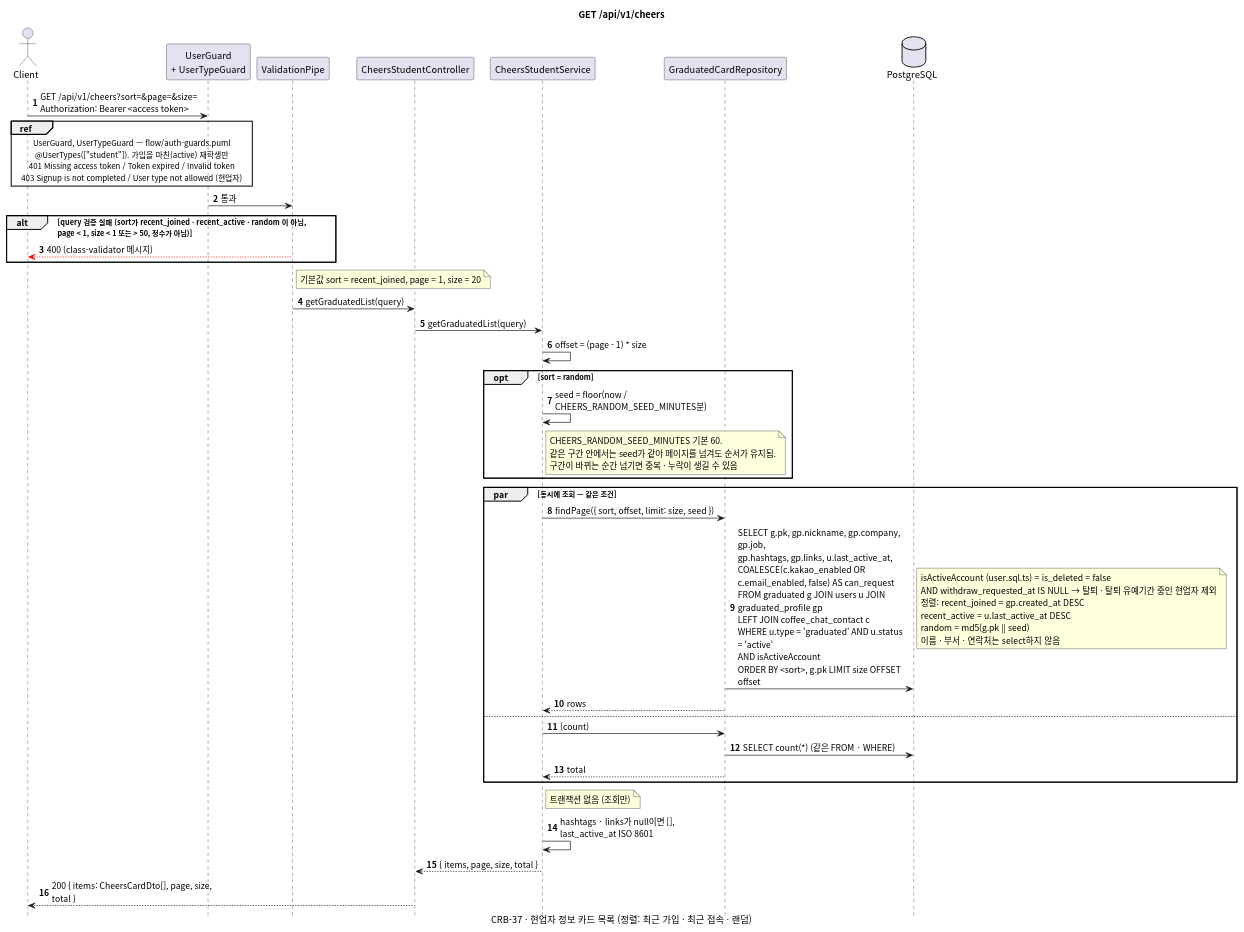
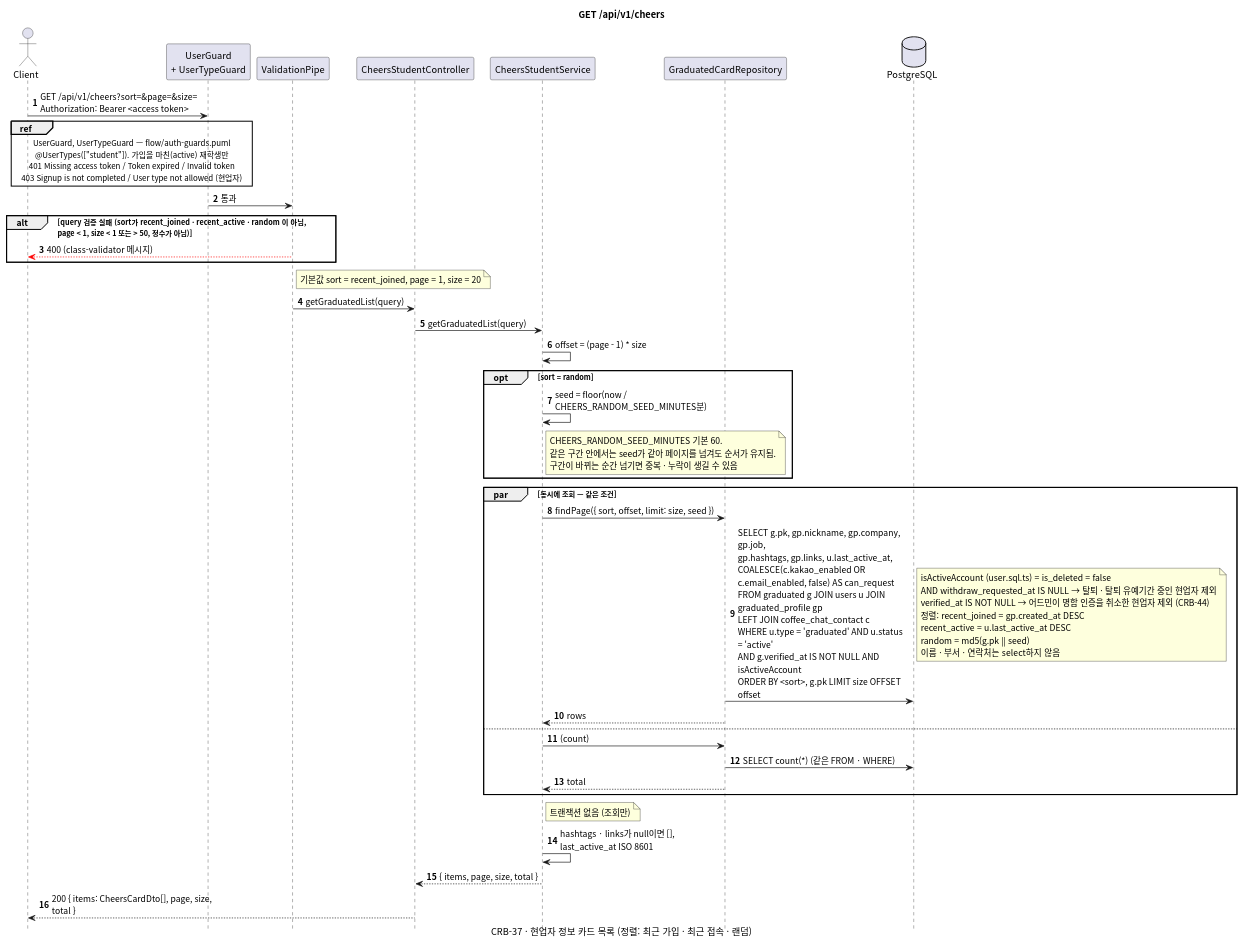
Before and after one commit to gsainfoteam/cheers-be: the diagram in docs/sequence/cheers/get-cheers.puml, drawn with PlantUML. The commit also changed 11 other files, not shown here.

Commit message:
- docs: add business card sequence diagrams (CRB-44)

```diff
--- a/docs/sequence/cheers/get-cheers.puml
+++ b/docs/sequence/cheers/get-cheers.puml
@@ -1,70 +1,71 @@
 @startuml get-cheers
 skinparam defaultFontName "Apple SD Gothic Neo", "Noto Sans CJK KR", sans-serif
 skinparam responseMessageBelowArrow true
 skinparam sequenceMessageAlign left
 skinparam maxMessageSize 260
 skinparam BoxPadding 8
 skinparam shadowing false
 autonumber
 hide footbox
 
 title GET /api/v1/cheers
 caption CRB-37 · 현업자 정보 카드 목록 (정렬: 최근 가입 · 최근 접속 · 랜덤)
 
 actor Client
 participant "UserGuard\n+ UserTypeGuard" as Guard
 participant "ValidationPipe" as Pipe
 participant "CheersStudentController" as Controller
 participant "CheersStudentService" as Service
 participant "GraduatedCardRepository" as GraduatedCardRepository
 database PostgreSQL
 
 Client -> Guard: GET /api/v1/cheers?sort=&page=&size=\nAuthorization: Bearer <access token>
 ref over Client, Guard
   UserGuard, UserTypeGuard — flow/auth-guards.puml
   @UserTypes(["student"]). 가입을 마친(active) 재학생만
   401 Missing access token / Token expired / Invalid token
   403 Signup is not completed / User type not allowed (현업자)
 end ref
 Guard -> Pipe: 통과
 alt query 검증 실패 (sort가 recent_joined · recent_active · random 이 아님,\npage < 1, size < 1 또는 > 50, 정수가 아님)
   Pipe -[#red]-> Client: 400 (class-validator 메시지)
 end
 note right of Pipe: 기본값 sort = recent_joined, page = 1, size = 20
 Pipe -> Controller: getGraduatedList(query)
 Controller -> Service: getGraduatedList(query)
 
 Service -> Service: offset = (page - 1) * size
 opt sort = random
   Service -> Service: seed = floor(now / CHEERS_RANDOM_SEED_MINUTES분)
   note right of Service
     CHEERS_RANDOM_SEED_MINUTES 기본 60.
     같은 구간 안에서는 seed가 같아 페이지를 넘겨도 순서가 유지됨.
     구간이 바뀌는 순간 넘기면 중복 · 누락이 생길 수 있음
   end note
 end
 
 par 동시에 조회 — 같은 조건
   Service -> GraduatedCardRepository: findPage({ sort, offset, limit: size, seed })
-  GraduatedCardRepository -> PostgreSQL: SELECT g.pk, gp.nickname, gp.company, gp.job,\ngp.hashtags, gp.links, u.last_active_at,\nCOALESCE(c.kakao_enabled OR c.email_enabled, false) AS can_request\nFROM graduated g JOIN users u JOIN graduated_profile gp\nLEFT JOIN coffee_chat_contact c\nWHERE u.type = 'graduated' AND u.status = 'active'\nAND isActiveAccount\nORDER BY <sort>, g.pk LIMIT size OFFSET offset
+  GraduatedCardRepository -> PostgreSQL: SELECT g.pk, gp.nickname, gp.company, gp.job,\ngp.hashtags, gp.links, u.last_active_at,\nCOALESCE(c.kakao_enabled OR c.email_enabled, false) AS can_request\nFROM graduated g JOIN users u JOIN graduated_profile gp\nLEFT JOIN coffee_chat_contact c\nWHERE u.type = 'graduated' AND u.status = 'active'\nAND g.verified_at IS NOT NULL AND isActiveAccount\nORDER BY <sort>, g.pk LIMIT size OFFSET offset
   note right
     isActiveAccount (user.sql.ts) = is_deleted = false
     AND withdraw_requested_at IS NULL → 탈퇴 · 탈퇴 유예기간 중인 현업자 제외
+    verified_at IS NOT NULL → 어드민이 명함 인증을 취소한 현업자 제외 (CRB-44)
     정렬: recent_joined = gp.created_at DESC
     recent_active = u.last_active_at DESC
     random = md5(g.pk || seed)
     이름 · 부서 · 연락처는 select하지 않음
   end note
   GraduatedCardRepository --> Service: rows
 else
   Service -> GraduatedCardRepository: (count)
   GraduatedCardRepository -> PostgreSQL: SELECT count(*) (같은 FROM · WHERE)
   GraduatedCardRepository --> Service: total
 end
 note right of Service: 트랜잭션 없음 (조회만)
 
 Service -> Service: hashtags · links가 null이면 [],\nlast_active_at ISO 8601
 Service --> Controller: { items, page, size, total }
 Controller --> Client: 200 { items: CheersCardDto[], page, size, total }
 
 @enduml
```
